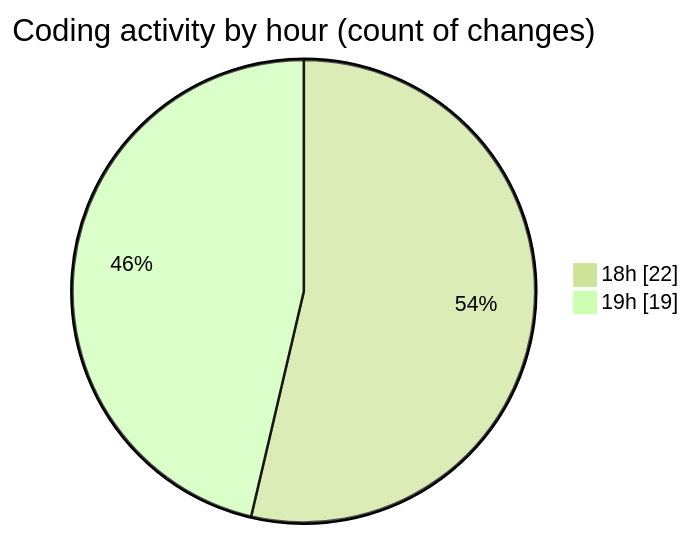
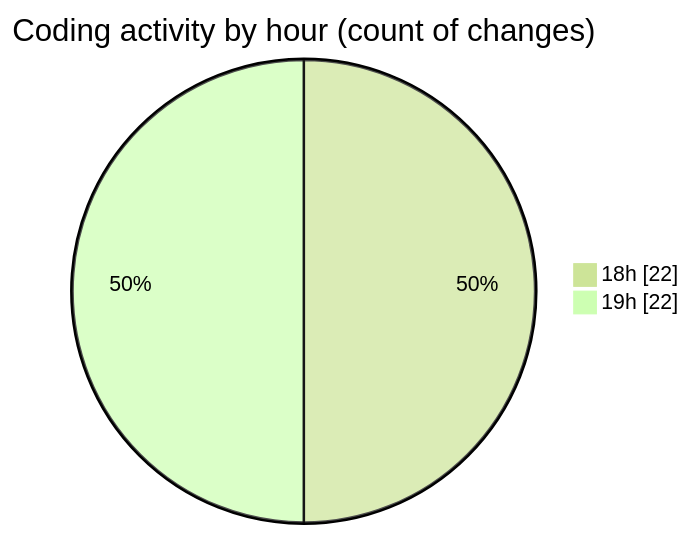
Before and after one commit to idhammustaqopulfikri/code-tracking: the second of 2 diagrams in 2025-06-13/studio-backend/README.md, drawn with Mermaid (forest theme). The commit also changed other lines of this file and 1 other file, not shown here.

````diff
--- a/2025-06-13/studio-backend/README.md
+++ b/2025-06-13/studio-backend/README.md
@@ -39,6 +39,6 @@
 ```mermaid
 pie showData
 title Coding activity by hour (count of changes)
 "18h" : 22
-"19h" : 19
+"19h" : 22
 ```
````
